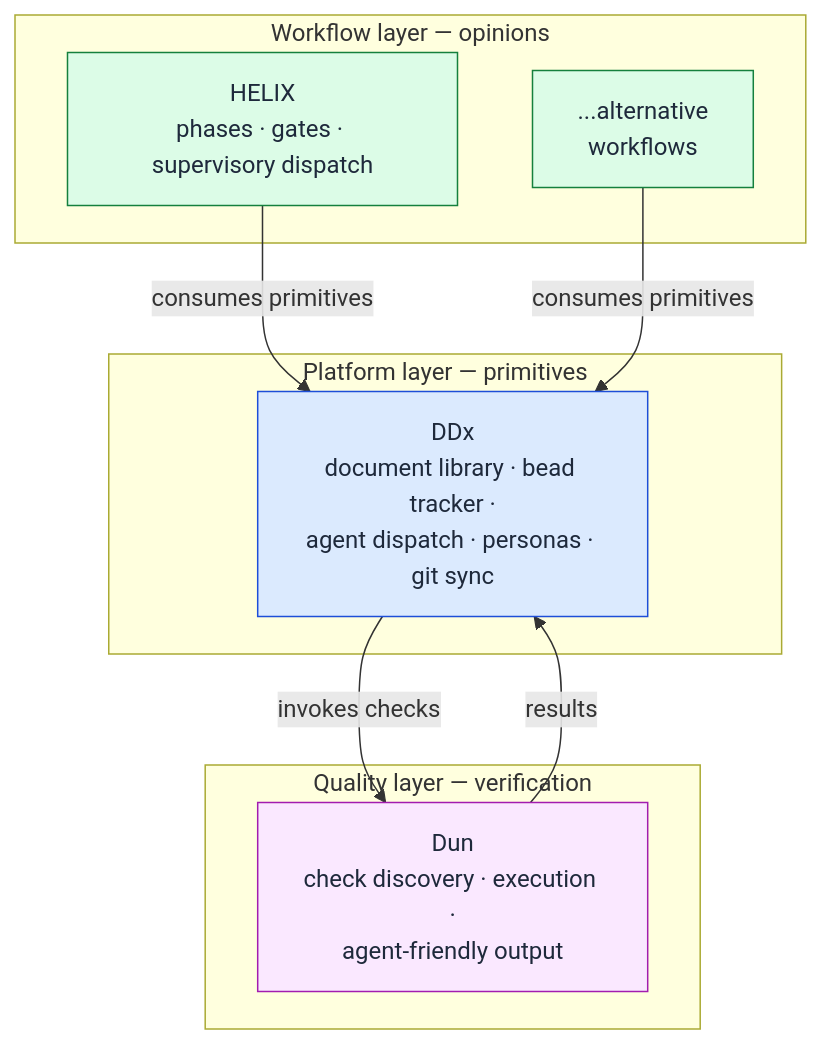
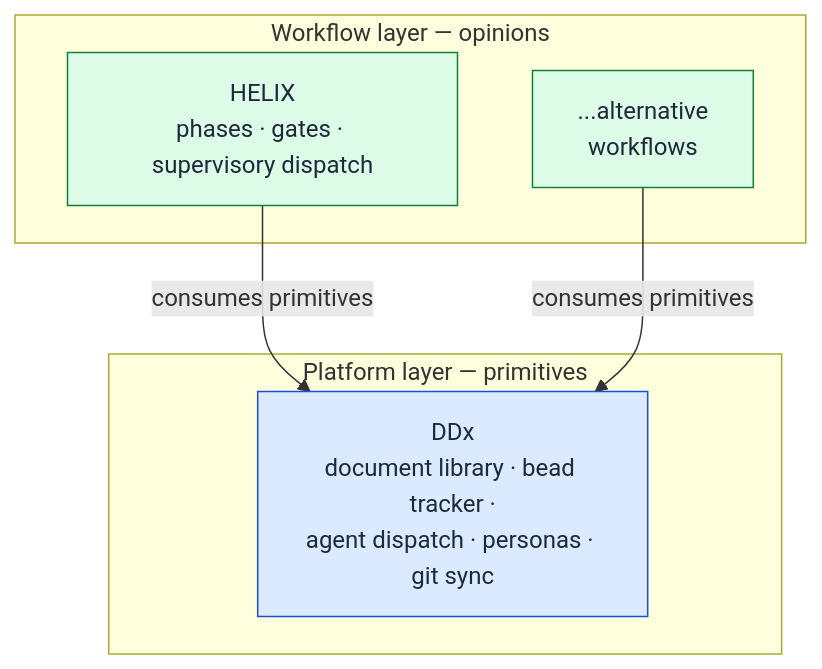
The second of 2 diagrams in website/content/docs/concepts/_index.md (DocumentDrivenDX/ddx), drawn with Mermaid before and after one commit. The commit also changed other lines of this file and 11 other files, not shown here.

First line of the commit message:
docs: drop Dun references from site copy and helix specs [ddx-b12e4593]

````diff
--- a/website/content/docs/concepts/_index.md
+++ b/website/content/docs/concepts/_index.md
@@ -57,25 +55,18 @@
 ```mermaid
 flowchart TB
     subgraph Workflow["Workflow layer — opinions"]
         HELIX["HELIX<br/>phases · gates · supervisory dispatch"]
         Other["...alternative<br/>workflows"]
     end
     subgraph Platform["Platform layer — primitives"]
         DDx["DDx<br/>document library · bead tracker ·<br/>agent dispatch · personas · git sync"]
     end
-    subgraph Quality["Quality layer — verification"]
-        Dun["Dun<br/>check discovery · execution ·<br/>agent-friendly output"]
-    end
 
     HELIX -->|consumes primitives| DDx
     Other -->|consumes primitives| DDx
-    DDx -->|invokes checks| Dun
-    Dun -->|results| DDx
 
     classDef platform fill:#dbeafe,stroke:#1d4ed8,color:#1e293b;
     classDef workflow fill:#dcfce7,stroke:#15803d,color:#1e293b;
-    classDef quality fill:#fae8ff,stroke:#a21caf,color:#1e293b;
     class DDx platform;
     class HELIX,Other workflow;
-    class Dun quality;
 ```
````
